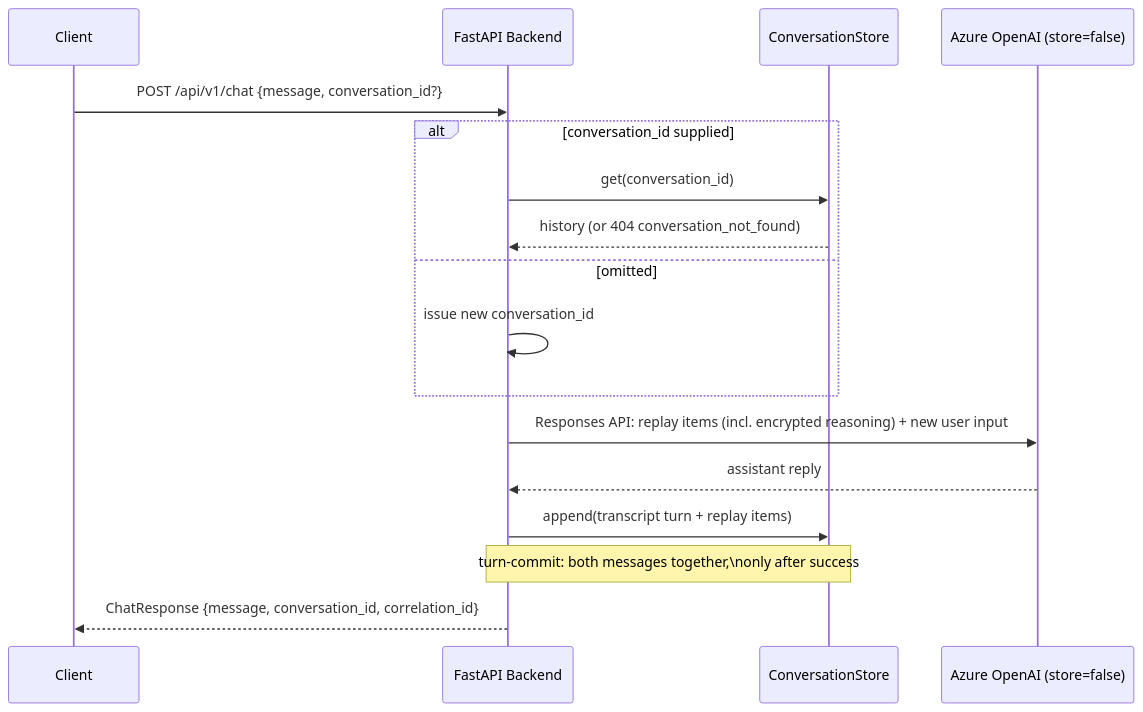
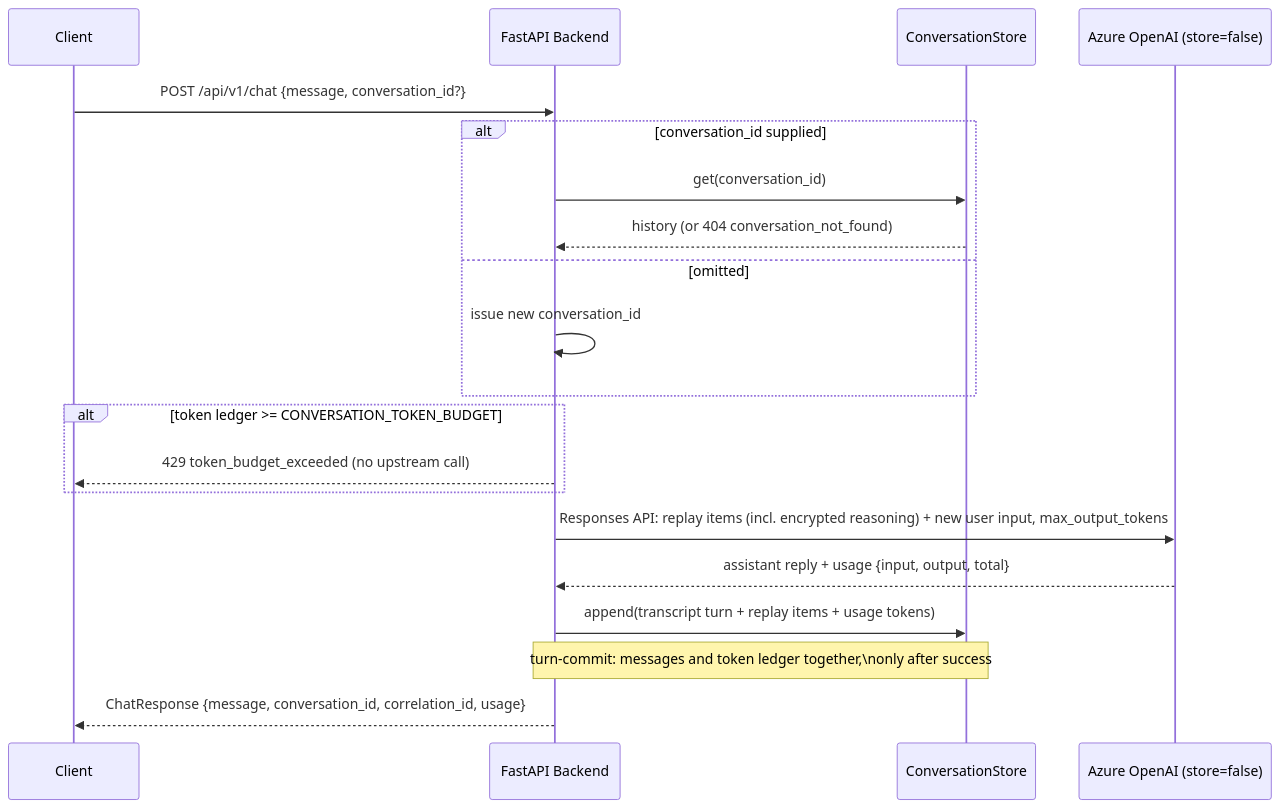
Before and after one commit to kehao-playground/azure-genai-backend-lab: the diagram in docs/diagrams/chat-sequence.md, drawn with Mermaid. The commit also changed 20 other files, not shown here.

First line of the commit message:
feat: token budget guardrail — metered usage, per-conversation budget, output cap (Day 9)

````diff
--- a/docs/diagrams/chat-sequence.md
+++ b/docs/diagrams/chat-sequence.md
@@ -3,20 +3,23 @@
 ```mermaid
 sequenceDiagram
     participant Client
     participant API as FastAPI Backend
     participant Store as ConversationStore
     participant LLM as Azure OpenAI (store=false)
 
     Client->>API: POST /api/v1/chat {message, conversation_id?}
     alt conversation_id supplied
         API->>Store: get(conversation_id)
         Store-->>API: history (or 404 conversation_not_found)
     else omitted
         API->>API: issue new conversation_id
     end
-    API->>LLM: Responses API: replay items (incl. encrypted reasoning) + new user input
-    LLM-->>API: assistant reply
-    API->>Store: append(transcript turn + replay items)
-    Note over API,Store: turn-commit: both messages together,\nonly after success
-    API-->>Client: ChatResponse {message, conversation_id, correlation_id}
+    alt token ledger >= CONVERSATION_TOKEN_BUDGET
+        API-->>Client: 429 token_budget_exceeded (no upstream call)
+    end
+    API->>LLM: Responses API: replay items (incl. encrypted reasoning) + new user input, max_output_tokens
+    LLM-->>API: assistant reply + usage {input, output, total}
+    API->>Store: append(transcript turn + replay items + usage tokens)
+    Note over API,Store: turn-commit: messages and token ledger together,\nonly after success
+    API-->>Client: ChatResponse {message, conversation_id, correlation_id, usage}
 ```
````
